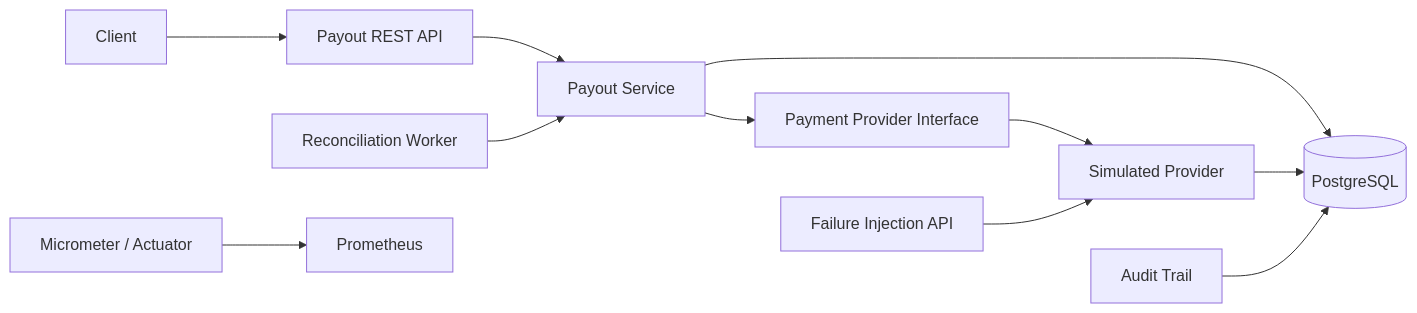
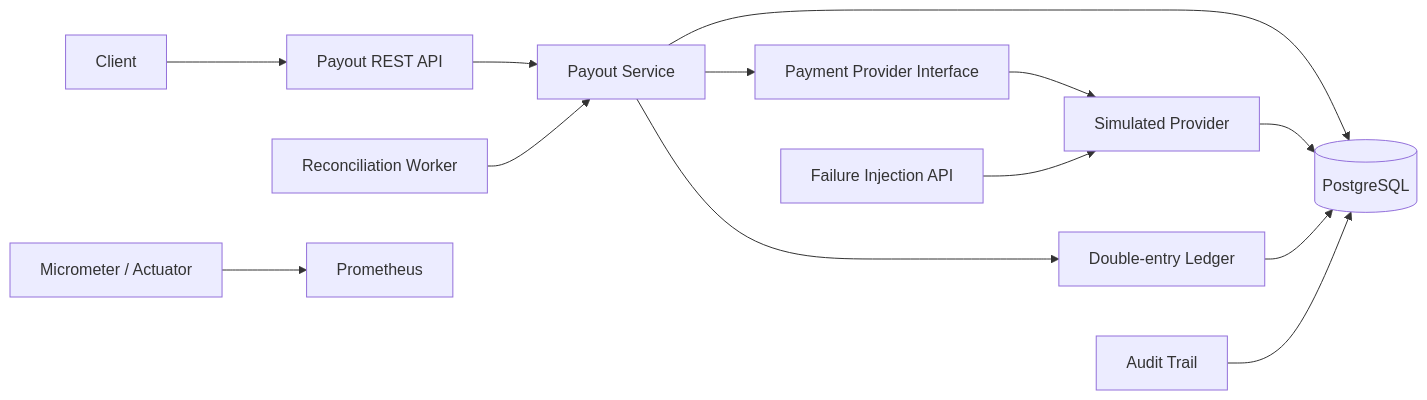
The diagram in README.md (yyan115/payment-processing-simulator), drawn with Mermaid before and after one commit. The commit also changed other lines of this file and 16 other files, not shown here.

Commit message:
Add atomic double-entry payout ledger

````diff
--- a/README.md
+++ b/README.md
@@ -29,13 +29,15 @@
 ```mermaid
 flowchart LR
     C[Client] --> API[Payout REST API]
     API --> S[Payout Service]
     S --> DB[(PostgreSQL)]
     S --> P[Payment Provider Interface]
     P --> SIM[Simulated Provider]
     SIM --> DB
     FI[Failure Injection API] --> SIM
     R[Reconciliation Worker] --> S
+    S --> L[Double-entry Ledger]
+    L --> DB
     A[Audit Trail] --> DB
     M[Micrometer / Actuator] --> PR[Prometheus]
 ```
````
